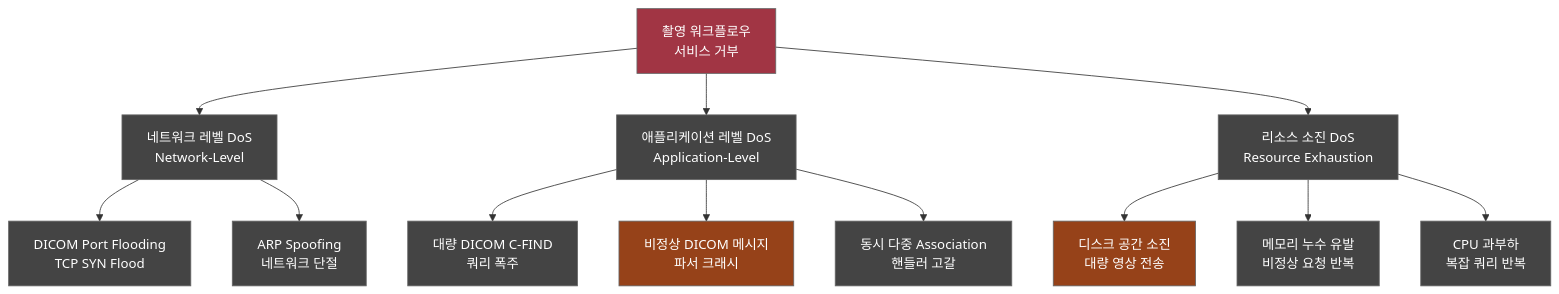
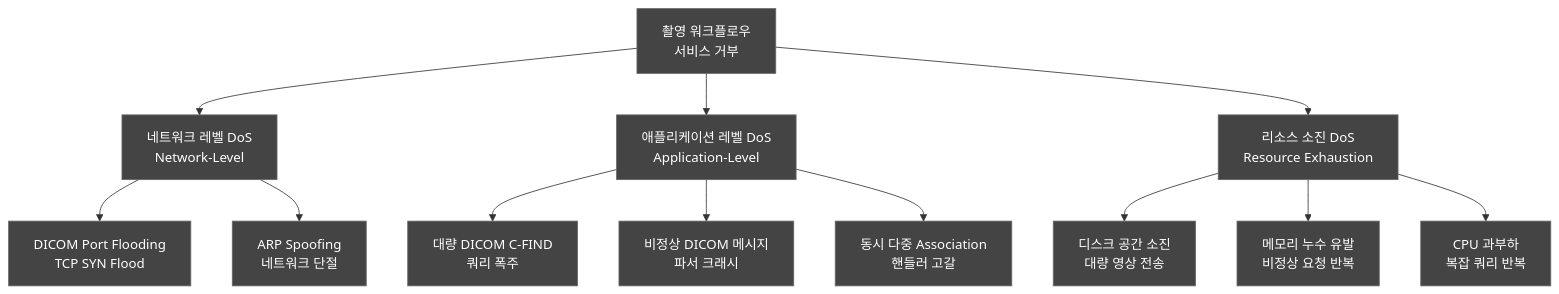
Before and after one commit to holee9/console-gui: the sixth of 7 diagrams in docs/risk/DOC-017_ThreatModel_v1.0.md, drawn with Mermaid. The commit also changed other lines of this file and 35 other files, not shown here.

First line of the commit message:
fix: 전체 Mermaid 차트 색상 진한 회색 통일

````diff
--- a/docs/risk/DOC-017_ThreatModel_v1.0.md
+++ b/docs/risk/DOC-017_ThreatModel_v1.0.md
@@ -344,22 +344,22 @@
 ```mermaid
 graph TD
     ROOT3[촬영 워크플로우<br/>서비스 거부] --> A1[네트워크 레벨 DoS<br/>Network-Level]
     ROOT3 --> A2[애플리케이션 레벨 DoS<br/>Application-Level]
     ROOT3 --> A3[리소스 소진 DoS<br/>Resource Exhaustion]
     
     A1 --> B1[DICOM Port Flooding<br/>TCP SYN Flood]
     A1 --> B2[ARP Spoofing<br/>네트워크 단절]
     
     A2 --> C1[대량 DICOM C-FIND<br/>쿼리 폭주]
     A2 --> C2[비정상 DICOM 메시지<br/>파서 크래시]
     A2 --> C3[동시 다중 Association<br/>핸들러 고갈]
     
     A3 --> D1[디스크 공간 소진<br/>대량 영상 전송]
     A3 --> D2[메모리 누수 유발<br/>비정상 요청 반복]
     A3 --> D3[CPU 과부하<br/>복잡 쿼리 반복]
     
     classDef default fill:#444,stroke:#666,color:#fff
-    style ROOT3 fill:#A13544,color:#fff
-    style C2 fill:#964219,color:#fff
-    style D1 fill:#964219,color:#fff
+    style ROOT3 fill:#444,color:#fff
+    style C2 fill:#444,color:#fff
+    style D1 fill:#444,color:#fff
 ```
````
